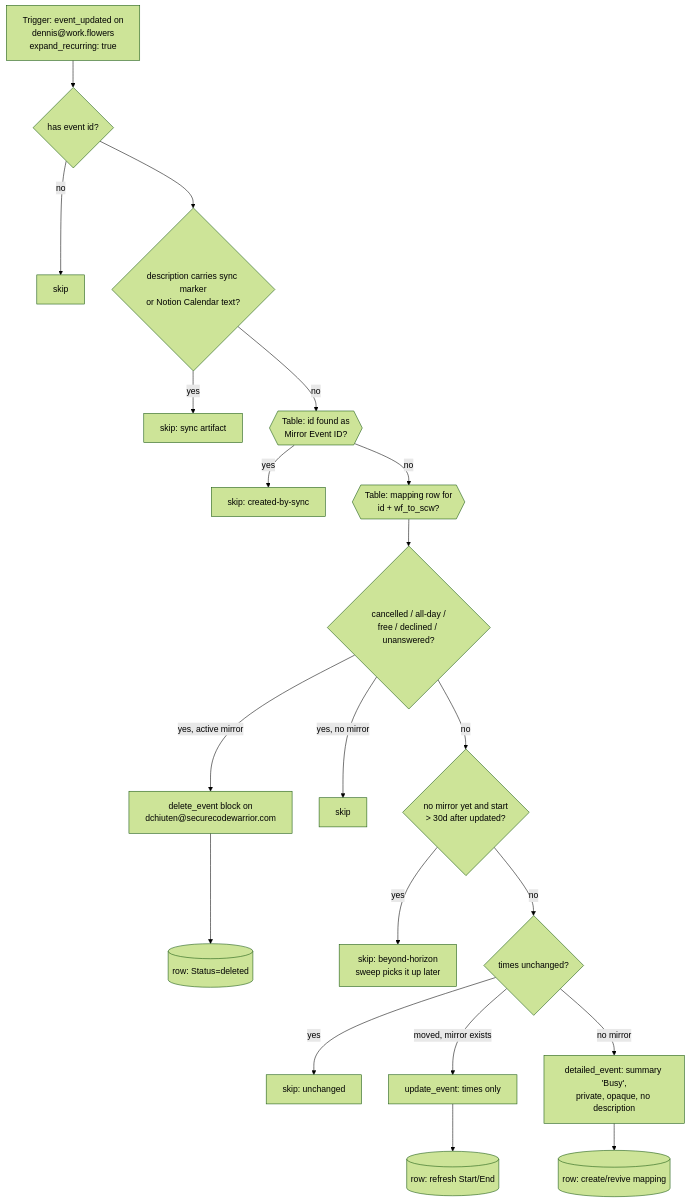
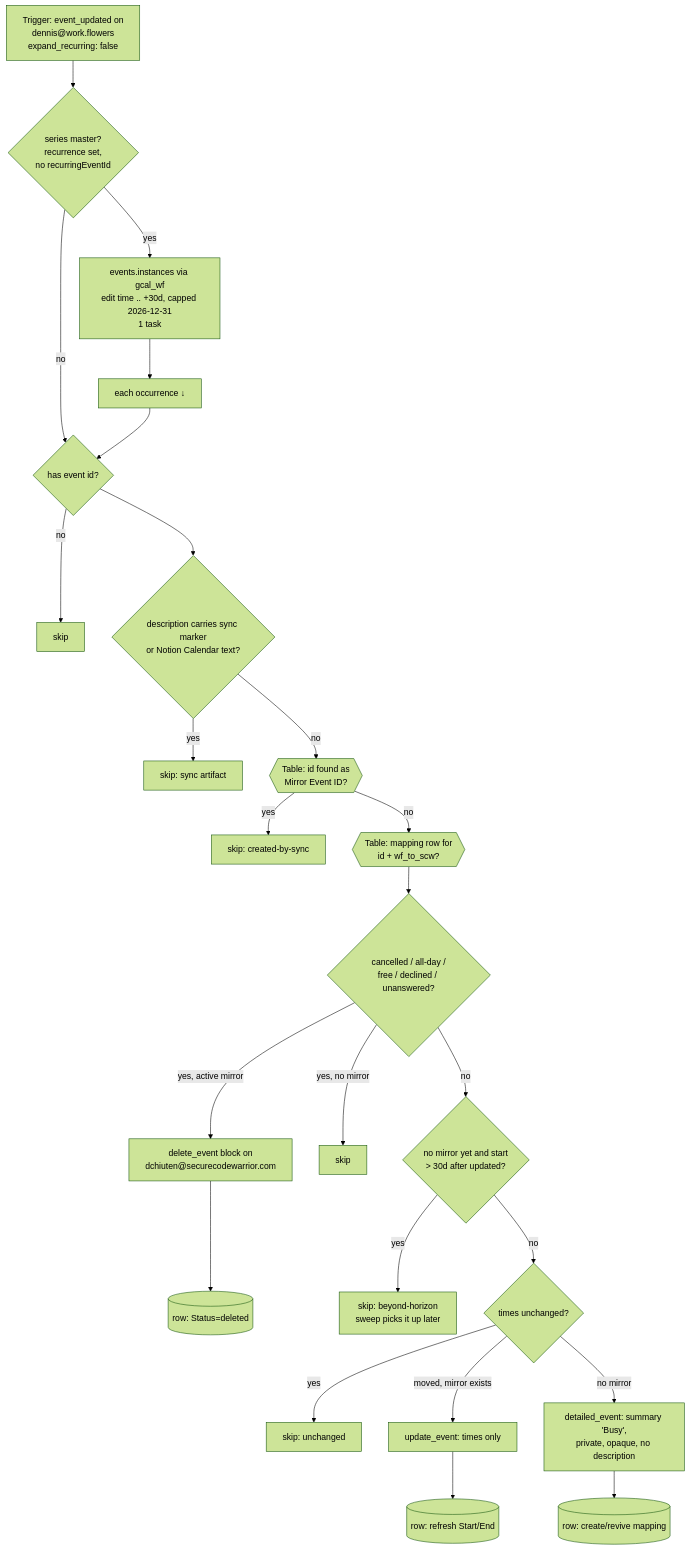
Before and after one commit to work-flowers/zapier-sdk: the diagram in workflowers-events-to-scw-busy/README.md, drawn with Mermaid (forest theme). The commit also changed other lines of this file and 6 other files, not shown here.

First line of the commit message:
Expand recurring series in the calendar Zaps instead of per occurrence

````diff
--- a/workflowers-events-to-scw-busy/README.md
+++ b/workflowers-events-to-scw-busy/README.md
@@ -9,19 +9,22 @@
 ```mermaid
 flowchart TD
-    T[Trigger: event_updated on\ndennis@work.flowers\nexpand_recurring: true] --> G0{has event id?}
+    T[Trigger: event_updated on\ndennis@work.flowers\nexpand_recurring: false] --> SM{series master?\nrecurrence set,\nno recurringEventId}
+    SM -- yes --> EX[events.instances via gcal_wf\nedit time .. +30d, capped 2026-12-31\n1 task] --> EACH[each occurrence ↓]
+    SM -- no --> G0{has event id?}
+    EACH --> G0
     G0 -- no --> S0[skip]
     G0 --> G1{description carries sync marker\nor Notion Calendar text?}
     G1 -- yes --> S1[skip: sync artifact]
     G1 -- no --> G2{{Table: id found as\nMirror Event ID?}}
     G2 -- yes --> S2[skip: created-by-sync]
     G2 -- no --> L{{Table: mapping row for\nid + wf_to_scw?}}
     L --> C{cancelled / all-day /\nfree / declined / unanswered?}
     C -- "yes, active mirror" --> D[delete_event block on\ndchiuten@securecodewarrior.com] --> DR[(row: Status=deleted)]
     C -- "yes, no mirror" --> S3[skip]
     C -- no --> H{no mirror yet and start\n> 30d after updated?}
     H -- yes --> S4[skip: beyond-horizon\nsweep picks it up later]
     H -- no --> U{times unchanged?}
     U -- yes --> S5[skip: unchanged]
     U -- "moved, mirror exists" --> UP[update_event: times only] --> UR[(row: refresh Start/End)]
     U -- "no mirror" --> CR[detailed_event: summary 'Busy',\nprivate, opaque, no description] --> RR[(row: create/revive mapping)]
 ```
````
